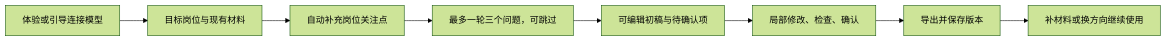
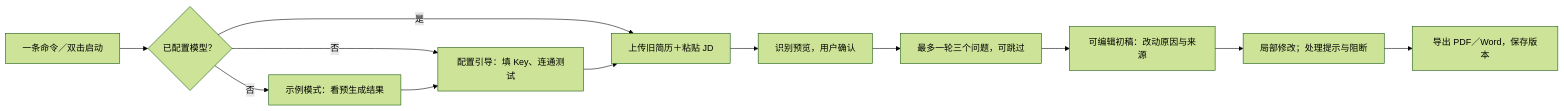
Before and after one commit to Dylanqxh/Match-Trajectory: the diagram in docs/互联网求职简历Agent产品设计方案.md, drawn with Mermaid (forest theme). The commit also changed other lines of this file and 3 other files, not shown here.

````diff
--- a/docs/互联网求职简历Agent产品设计方案.md
+++ b/docs/互联网求职简历Agent产品设计方案.md
@@ -52,10 +97,14 @@
 ```mermaid
 flowchart LR
-  A[体验或引导连接模型] --> B[目标岗位与现有材料]
-  B --> C[自动补充岗位关注点]
-  C --> D[最多一轮三个问题，可跳过]
-  D --> E[可编辑初稿与待确认项]
-  E --> F[局部修改、检查、确认]
-  F --> G[导出并保存版本]
-  G --> H[补材料或换方向继续使用]
+  A[一条命令／双击启动] --> B{已配置模型？}
+  B -->|否| C[示例模式：看预生成结果]
+  B -->|否| D[配置引导：填 Key、连通测试]
+  C --> D
+  B -->|是| E[上传旧简历＋粘贴 JD]
+  D --> E
+  E --> F[识别预览，用户确认]
+  F --> G[最多一轮三个问题，可跳过]
+  G --> H[可编辑初稿：改动原因与来源]
+  H --> I[局部修改；处理提示与阻断]
+  I --> J[导出 PDF／Word，保存版本]
 ```
````
